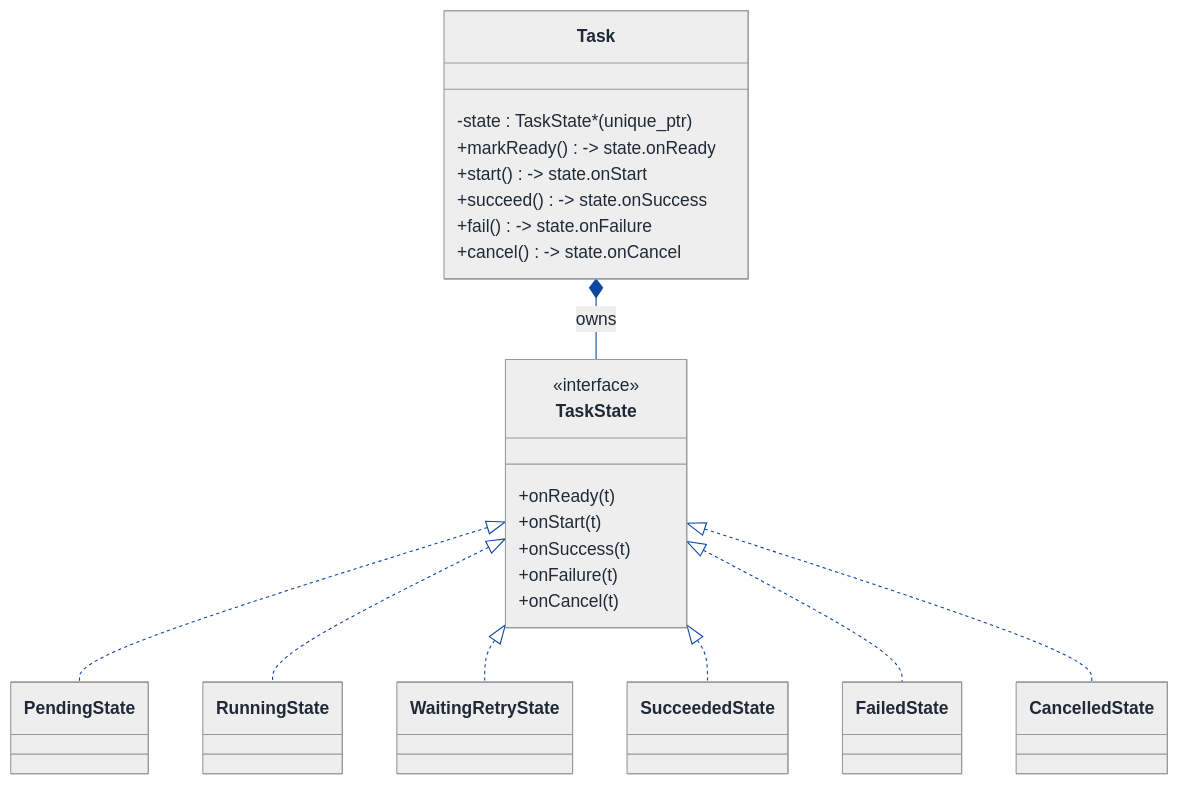
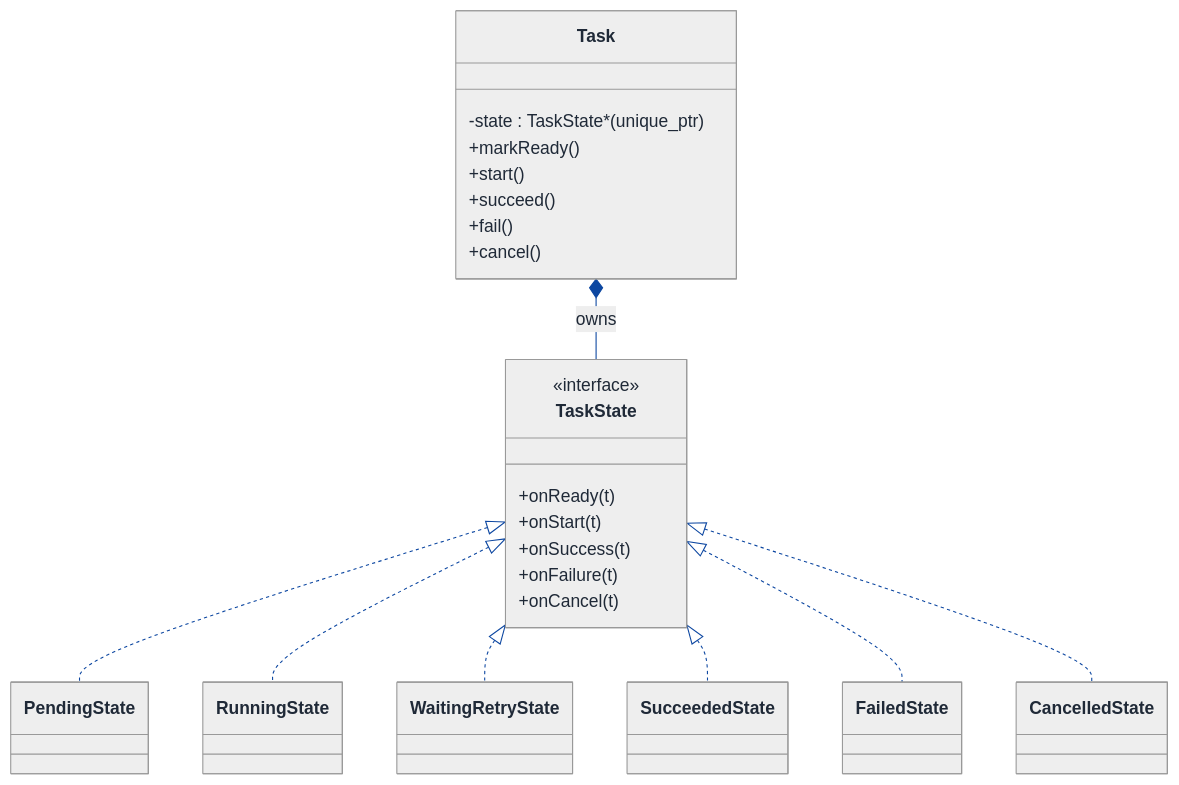
The third of 7 diagrams in LLD/Topics/LLD_DataStructures/Task_Scheduler.md (Prateek-5/question-bank), drawn with Mermaid before and after one commit. The commit also changed other lines of this file and 61 other files, not shown here.

First line of the commit message:
Fix invalid mermaid classDiagram member syntax across LLD walkthroughs

````diff
--- a/LLD/Topics/LLD_DataStructures/Task_Scheduler.md
+++ b/LLD/Topics/LLD_DataStructures/Task_Scheduler.md
@@ -588,65 +588,65 @@
 ```mermaid
 ---
 config:
   theme: neutral
   themeVariables:
     background: '#ffffff'
     primaryColor: '#cfe2ff'
     primaryTextColor: '#1f2937'
     primaryBorderColor: '#084298'
     secondaryColor: '#fff3cd'
     secondaryTextColor: '#1f2937'
     secondaryBorderColor: '#664d03'
     tertiaryColor: '#d1e7dd'
     tertiaryTextColor: '#1f2937'
     tertiaryBorderColor: '#0a3622'
     lineColor: '#0d47a1'
     textColor: '#1f2937'
     noteBkgColor: '#fff3cd'
     noteTextColor: '#1f2937'
     noteBorderColor: '#997404'
     actorBkg: '#cfe2ff'
     actorBorder: '#084298'
     actorTextColor: '#1f2937'
     signalColor: '#0d47a1'
     signalTextColor: '#1f2937'
     labelBoxBkgColor: '#ffffff'
     labelBoxBorderColor: '#d3d3d3'
     labelTextColor: '#1f2937'
     edgeLabelBackground: '#ffffff'
     labelBackground: '#ffffff'
     classText: '#1f2937'
     fontFamily: 'system-ui, -apple-system, Segoe UI, Helvetica, Arial, sans-serif'
 ---
 classDiagram
   direction TB
   class Task {
     -state : TaskState* (unique_ptr)
-    +markReady() -> state.onReady
-    +start()     -> state.onStart
-    +succeed()   -> state.onSuccess
-    +fail()      -> state.onFailure
-    +cancel()    -> state.onCancel
+    +markReady()
+    +start()
+    +succeed()
+    +fail()
+    +cancel()
   }
   class TaskState {
     <<interface>>
     +onReady(t)
     +onStart(t)
     +onSuccess(t)
     +onFailure(t)
     +onCancel(t)
   }
   class PendingState
   class RunningState
   class WaitingRetryState
   class SucceededState
   class FailedState
   class CancelledState
   Task *-- TaskState : owns
   TaskState <|.. PendingState
   TaskState <|.. RunningState
   TaskState <|.. WaitingRetryState
   TaskState <|.. SucceededState
   TaskState <|.. FailedState
   TaskState <|.. CancelledState
 ```
````
